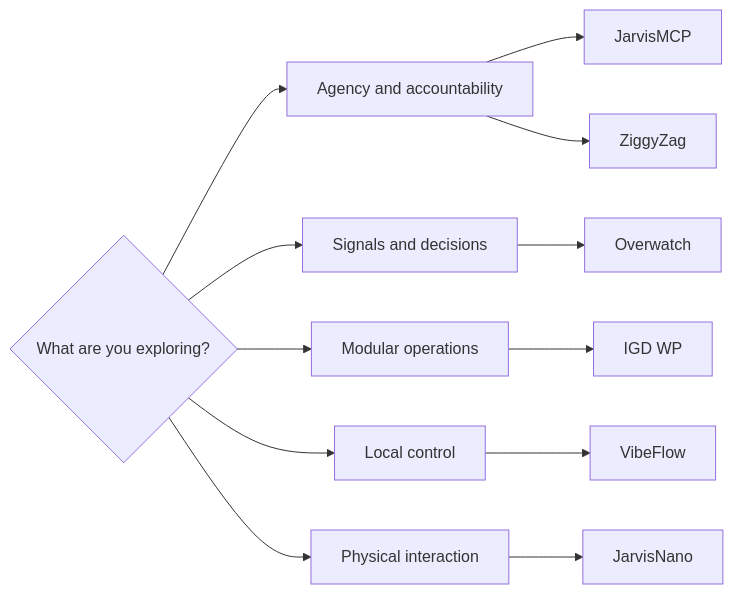
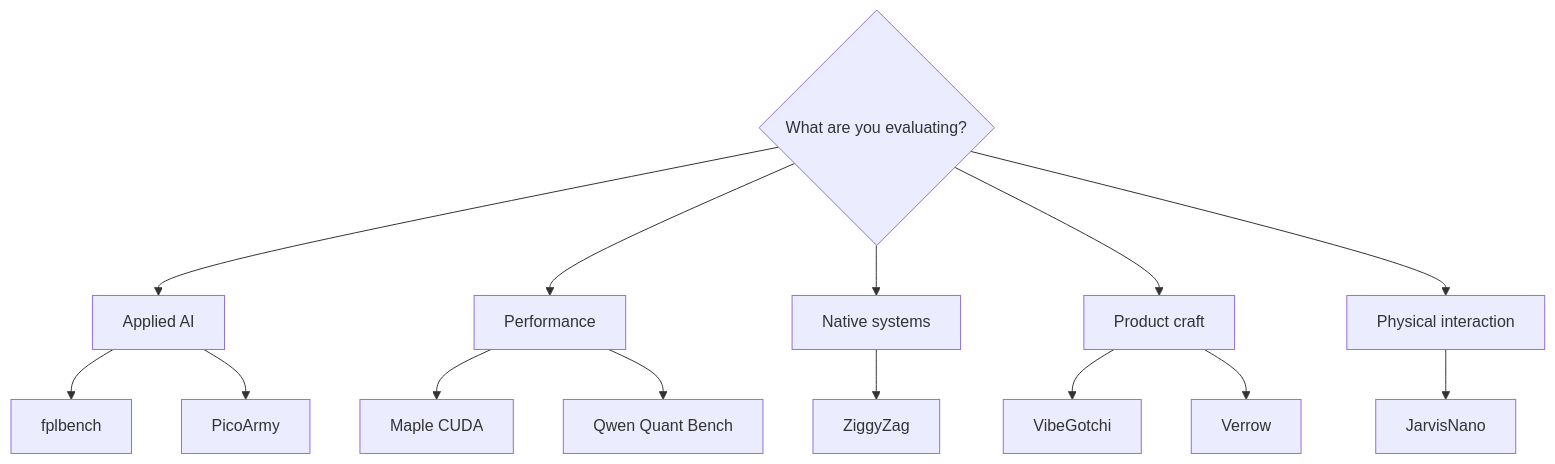
The diagram in docs/PORTFOLIO_ATLAS.md (PascalAI2024/portfolio), drawn with Mermaid before and after one commit. The commit also changed other lines of this file and 23 other files, not shown here.

````diff
--- a/docs/PORTFOLIO_ATLAS.md
+++ b/docs/PORTFOLIO_ATLAS.md
@@ -7,15 +5,17 @@
 ```mermaid
-flowchart LR
-    Q{What are you exploring?}
-    Q --> A[Agency and accountability]
-    Q --> B[Signals and decisions]
-    Q --> C[Modular operations]
-    Q --> D[Local control]
+flowchart TB
+    Q{What are you evaluating?}
+    Q --> A[Applied AI]
+    Q --> B[Performance]
+    Q --> C[Native systems]
+    Q --> D[Product craft]
     Q --> E[Physical interaction]
-    A --> J[JarvisMCP]
-    A --> Z[ZiggyZag]
-    B --> O[Overwatch]
-    C --> W[IGD WP]
-    D --> V[VibeFlow]
-    E --> N[JarvisNano]
+    A --> F[fplbench]
+    A --> P[PicoArmy]
+    B --> M[Maple CUDA]
+    B --> W[Qwen Quant Bench]
+    C --> Z[ZiggyZag]
+    D --> V[VibeGotchi]
+    D --> R[Verrow]
+    E --> J[JarvisNano]
 ```
````
